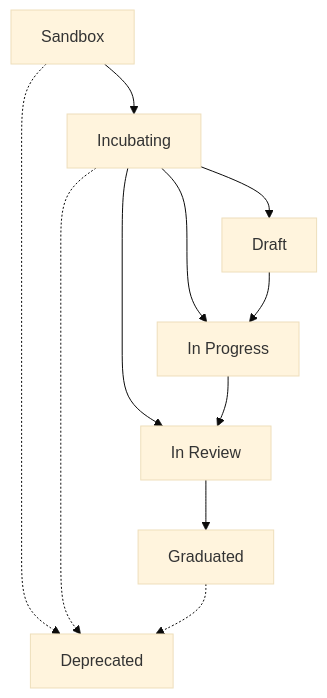
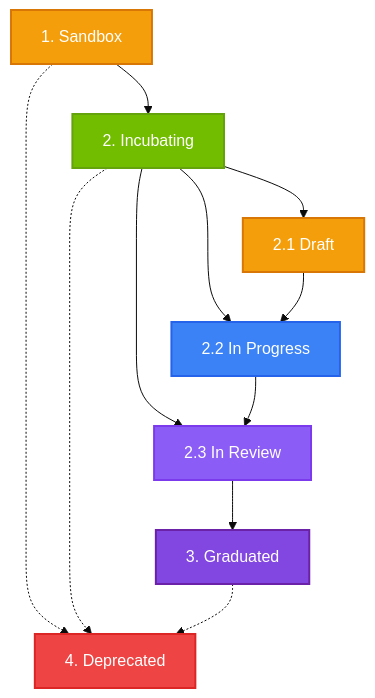
One commit to eclipse-tractusx/eclipse-tractusx.github.io changed the second of 2 diagrams in documentation/kit-lifecycle.mdx. Above: the diagram before and after it, drawn with Mermaid (base theme). The commit also changed other lines of this file and 8 other files, not shown here.

````diff
--- a/documentation/kit-lifecycle.mdx
+++ b/documentation/kit-lifecycle.mdx
@@ -201,14 +216,21 @@
 ```mermaid
 graph TD
-    A[Sandbox] --> B[Incubating]
-    B --> B1[Draft]
-    B --> B2[In Progress] 
-    B --> B3[In Review]
+    A[1. Sandbox] --> B[2. Incubating]
+    B --> B1[2.1 Draft]
+    B --> B2[2.2 In Progress] 
+    B --> B3[2.3 In Review]
     B1 --> B2
     B2 --> B3
-    B3 --> C[Graduated]
-    A -.-> D[Deprecated]
+    B3 --> C[3. Graduated]
+    A -.-> D[4. Deprecated]
     B -.-> D
     C -.-> D
-
+    
+    style A fill:#f59e0b,stroke:#d97706,stroke-width:2px,color:#fff
+    style B fill:#72bd00,stroke:#65a30d,stroke-width:2px,color:#fff
+    style B1 fill:#f59e0b,stroke:#d97706,stroke-width:2px,color:#fff
+    style B2 fill:#3b82f6,stroke:#2563eb,stroke-width:2px,color:#fff
+    style B3 fill:#8b5cf6,stroke:#7c3aed,stroke-width:2px,color:#fff
+    style C fill:#8246e1,stroke:#6b21a8,stroke-width:2px,color:#fff
+    style D fill:#ef4444,stroke:#dc2626,stroke-width:2px,color:#fff
 ```
````
